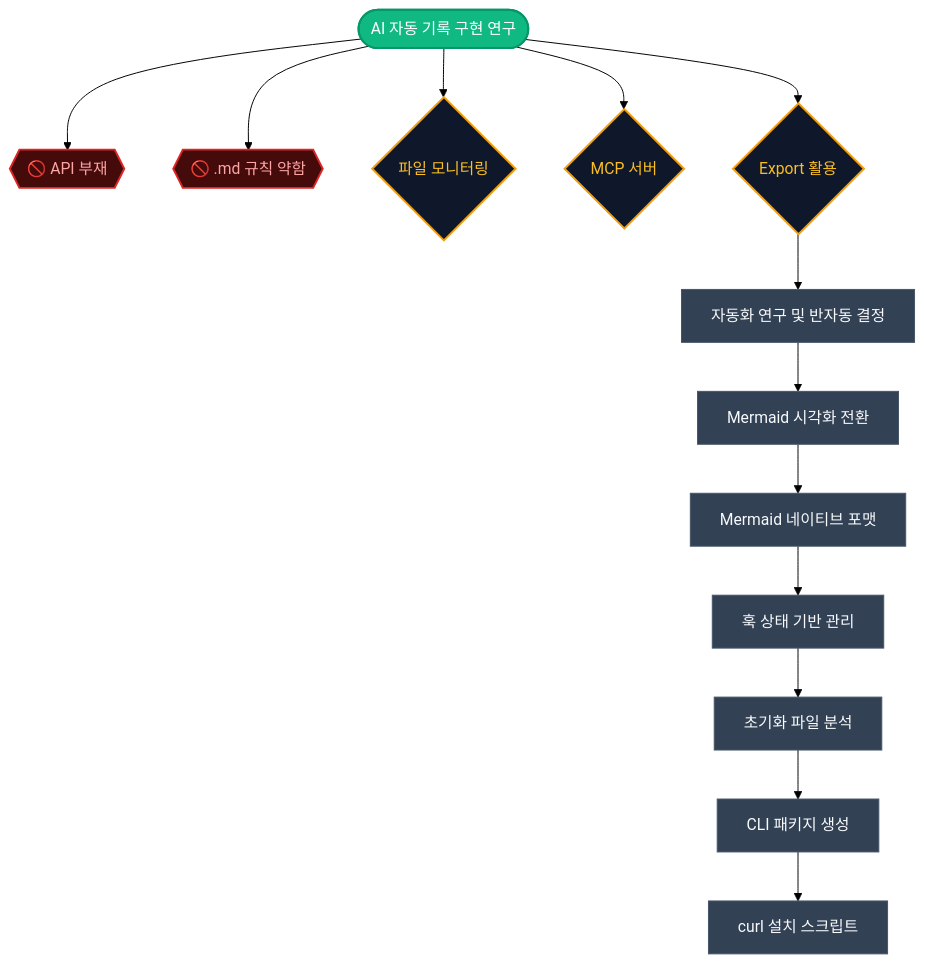
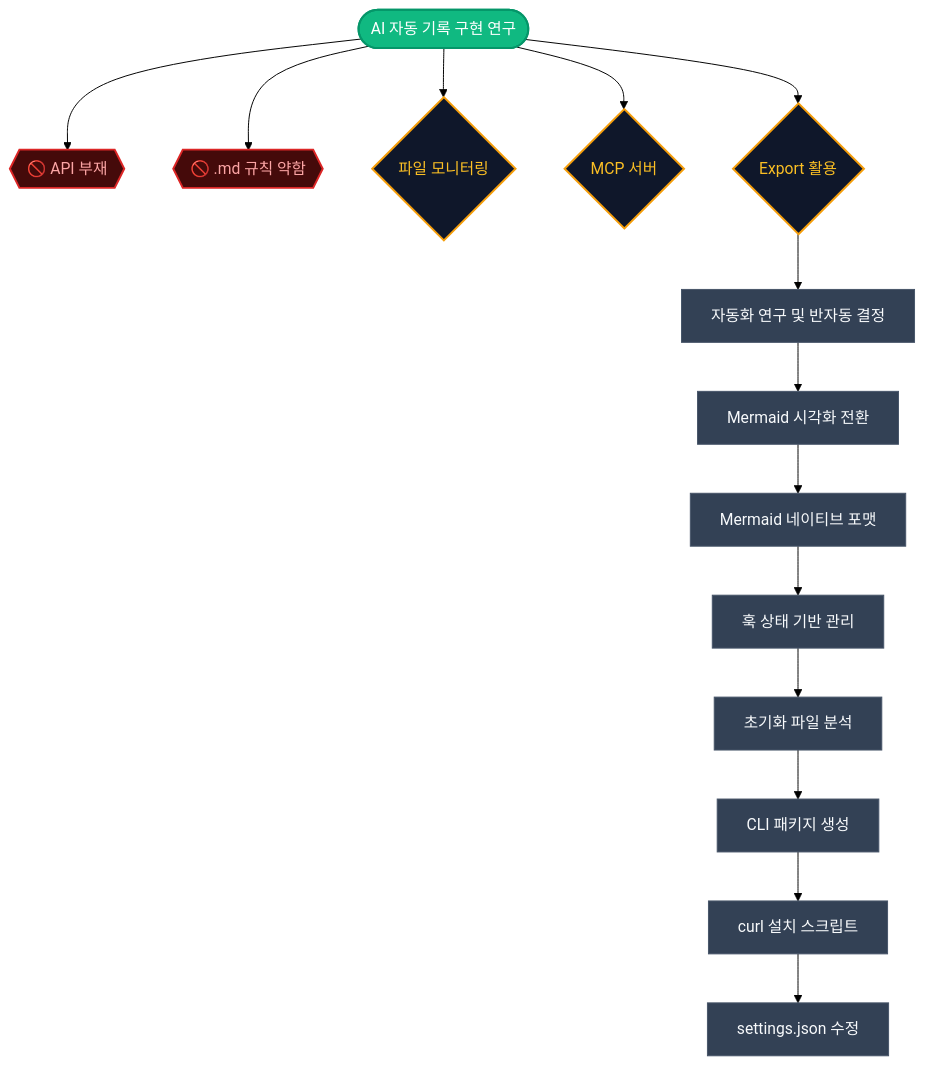
The diagram in trajectory.mmd (NamHyeongKeol/viz-vibe), drawn with Mermaid (forest theme) before and after one commit. The commit also changed 2 other files, not shown here.

Commit message:
feat: Add uninstall command for CLI and curl
- Add uninstall.sh for curl-based removal
- Add `viz-vibe uninstall` CLI command
- Keeps trajectory.mmd and VIZVIBE.md (user's work history)

🤖 Generated with [Claude Code](https://claude.com/claude-code)

```diff
--- a/trajectory.mmd
+++ b/trajectory.mmd
@@ -1,66 +1,71 @@
 flowchart TD
     %% @node_research_start [start]: AI가 바이브코딩 중 작업 내역을 자동으로 trajectory에 기록하도록 만드는 방법 탐색
     node_research_start(["AI 자동 기록 구현 연구"])
 
     %% @node_deadend_no_hook [blocker]: Antigravity가 대화 턴 시작/종료 Hook이나 대화록 접근 API를 제공하지 않음
     node_deadend_no_hook{{"🚫 API 부재"}}
 
     %% @node_deadend_md_weak [blocker]: .agent/rules/vizvibe.md에 규칙 설정했으나 AI가 자동 적용하지 않음
     node_deadend_md_weak{{"🚫 .md 규칙 약함"}}
 
     %% @node_approach_file_monitor [condition]: 대화록 파일 변경 감지 후 유저에게 알림
     node_approach_file_monitor{"파일 모니터링"}
 
     %% @node_approach_mcp_server [condition]: MCP 서버로 update_trajectory 도구 제공
     node_approach_mcp_server{"MCP 서버"}
 
     %% @node_approach_export [condition]: Antigravity 대화록 export 기능 활용
     node_approach_export{"Export 활용"}
 
     %% @node_automation_research [ai-task]: AI 자동 기록 자동화 불가 확인, 반자동 방식으로 전환
     node_automation_research["자동화 연구 및 반자동 결정"]
 
     %% @node_mermaid_migration [ai-task]: VizFlowEditorProvider를 Mermaid.js 기반으로 전환
     node_mermaid_migration["Mermaid 시각화 전환"]
 
     %% @node_mermaid_native [ai-task]: JSON에서 Mermaid 네이티브 포맷으로 완전 전환
     node_mermaid_native["Mermaid 네이티브 포맷"]
 
     %% @node_hook_state [ai-task]: 훅 중복 방지를 키워드에서 state.json 기반으로 변경
     node_hook_state["훅 상태 기반 관리"]
 
     %% @node_init_analysis [ai-task]: 사용자 프로젝트 초기화 시 필요한 파일 분석
     node_init_analysis["초기화 파일 분석"]
 
     %% @node_cli_package [ai-task]: Claude Code 사용자를 위한 npx @viz-vibe/cli init 패키지 생성
     node_cli_package["CLI 패키지 생성"]
 
     %% @node_curl_install [ai-task]: curl install.sh 스크립트 생성 및 README Getting Started 추가
     node_curl_install["curl 설치 스크립트"]
 
+    %% @node_fix_settings [ai-task]: hooks.json을 settings.json으로 수정 (Claude Code 훅 인식 문제 해결)
+    node_fix_settings["settings.json 수정"]
+
     node_research_start --> node_deadend_no_hook
     node_research_start --> node_deadend_md_weak
     node_research_start --> node_approach_file_monitor
     node_research_start --> node_approach_mcp_server
     node_research_start --> node_approach_export
     node_approach_export --> node_automation_research
     node_automation_research --> node_mermaid_migration
     node_mermaid_migration --> node_mermaid_native
     node_mermaid_native --> node_hook_state
     node_hook_state --> node_init_analysis
     node_init_analysis --> node_cli_package
     node_cli_package --> node_curl_install
+    node_curl_install --> node_fix_settings
 
     style node_research_start fill:#10b981,stroke:#059669,color:#fff,stroke-width:2px
     style node_deadend_no_hook fill:#450a0a,stroke:#dc2626,color:#fca5a5,stroke-width:2px
     style node_deadend_md_weak fill:#450a0a,stroke:#dc2626,color:#fca5a5,stroke-width:2px
     style node_approach_file_monitor fill:#0f172a,stroke:#f59e0b,color:#fbbf24,stroke-width:2px
     style node_approach_mcp_server fill:#0f172a,stroke:#f59e0b,color:#fbbf24,stroke-width:2px
     style node_approach_export fill:#0f172a,stroke:#f59e0b,color:#fbbf24,stroke-width:2px
     style node_automation_research fill:#334155,stroke:#475569,color:#f8fafc,stroke-width:1px
     style node_mermaid_migration fill:#334155,stroke:#475569,color:#f8fafc,stroke-width:1px
     style node_mermaid_native fill:#334155,stroke:#475569,color:#f8fafc,stroke-width:1px
     style node_hook_state fill:#334155,stroke:#475569,color:#f8fafc,stroke-width:1px
     style node_init_analysis fill:#334155,stroke:#475569,color:#f8fafc,stroke-width:1px
     style node_cli_package fill:#334155,stroke:#475569,color:#f8fafc,stroke-width:1px
     style node_curl_install fill:#334155,stroke:#475569,color:#f8fafc,stroke-width:1px
+    style node_fix_settings fill:#334155,stroke:#475569,color:#f8fafc,stroke-width:1px
```
